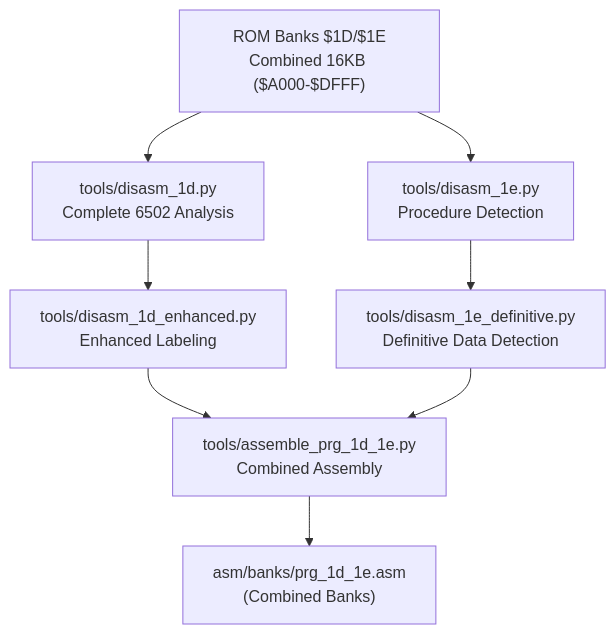
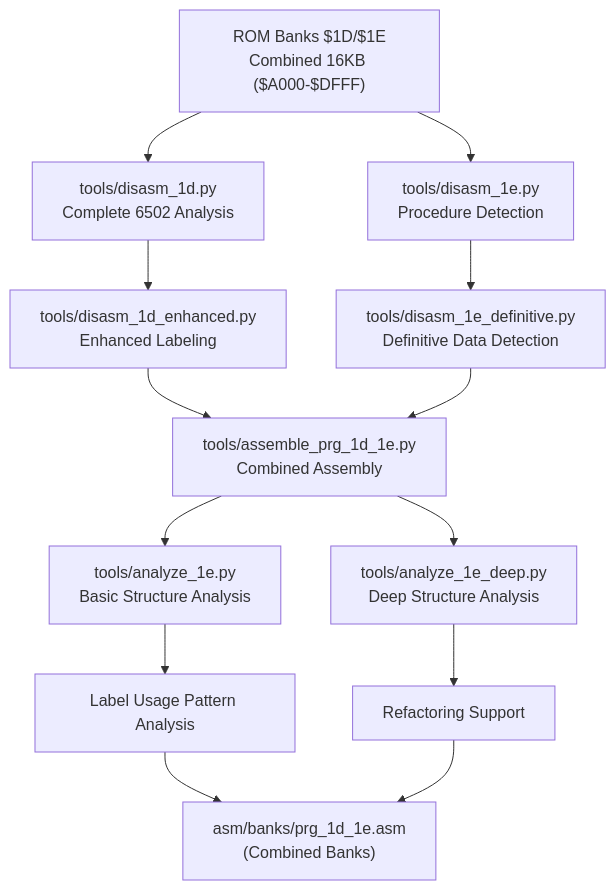
The fifth of 7 diagrams in .qoder/repowiki/en/content/Disassembly Workflow/Disassembly Workflow.md (rabbyzero/sango2dasm), drawn with Mermaid before and after one commit. The commit also changed other lines of this file and 10 other files, not shown here.

Commit message:
prg bank $1d $1e analysis WIP

````diff
--- a/.qoder/repowiki/en/content/Disassembly Workflow/Disassembly Workflow.md
+++ b/.qoder/repowiki/en/content/Disassembly Workflow/Disassembly Workflow.md
@@ -361,10 +387,15 @@
 ```mermaid
 flowchart TD
 A["ROM Banks $1D/$1E<br/>Combined 16KB ($A000-$DFFF)"] --> B["tools/disasm_1d.py<br/>Complete 6502 Analysis"]
 A --> C["tools/disasm_1e.py<br/>Procedure Detection"]
 B --> D["tools/disasm_1d_enhanced.py<br/>Enhanced Labeling"]
 C --> E["tools/disasm_1e_definitive.py<br/>Definitive Data Detection"]
 D --> F["tools/assemble_prg_1d_1e.py<br/>Combined Assembly"]
 E --> F
-F --> G["asm/banks/prg_1d_1e.asm<br/>(Combined Banks)"]
+F --> G["tools/analyze_1e.py<br/>Basic Structure Analysis"]
+F --> H["tools/analyze_1e_deep.py<br/>Deep Structure Analysis"]
+G --> I["Label Usage Pattern Analysis"]
+H --> J["Refactoring Support"]
+I --> K["asm/banks/prg_1d_1e.asm<br/>(Combined Banks)"]
+J --> K
 ```
````
